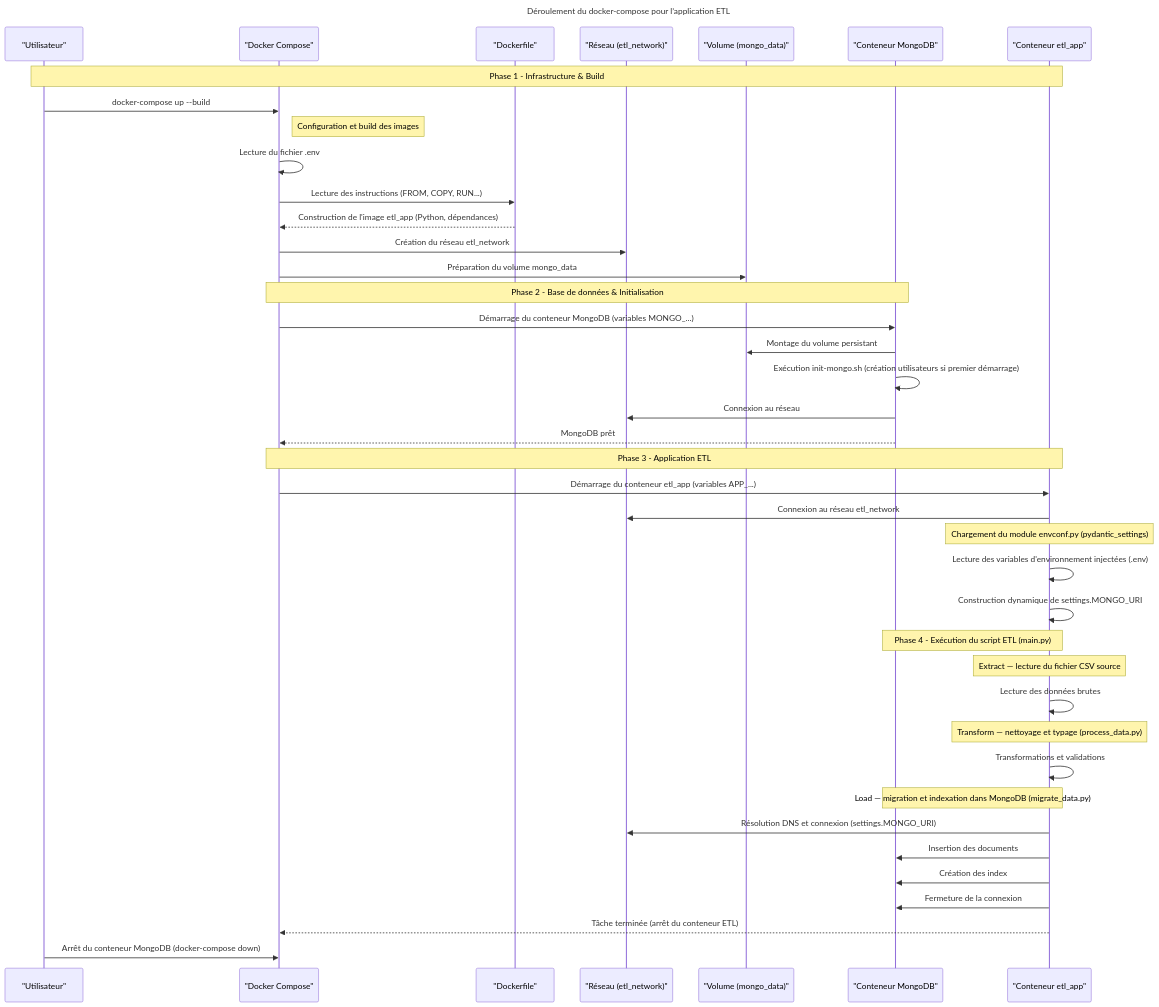
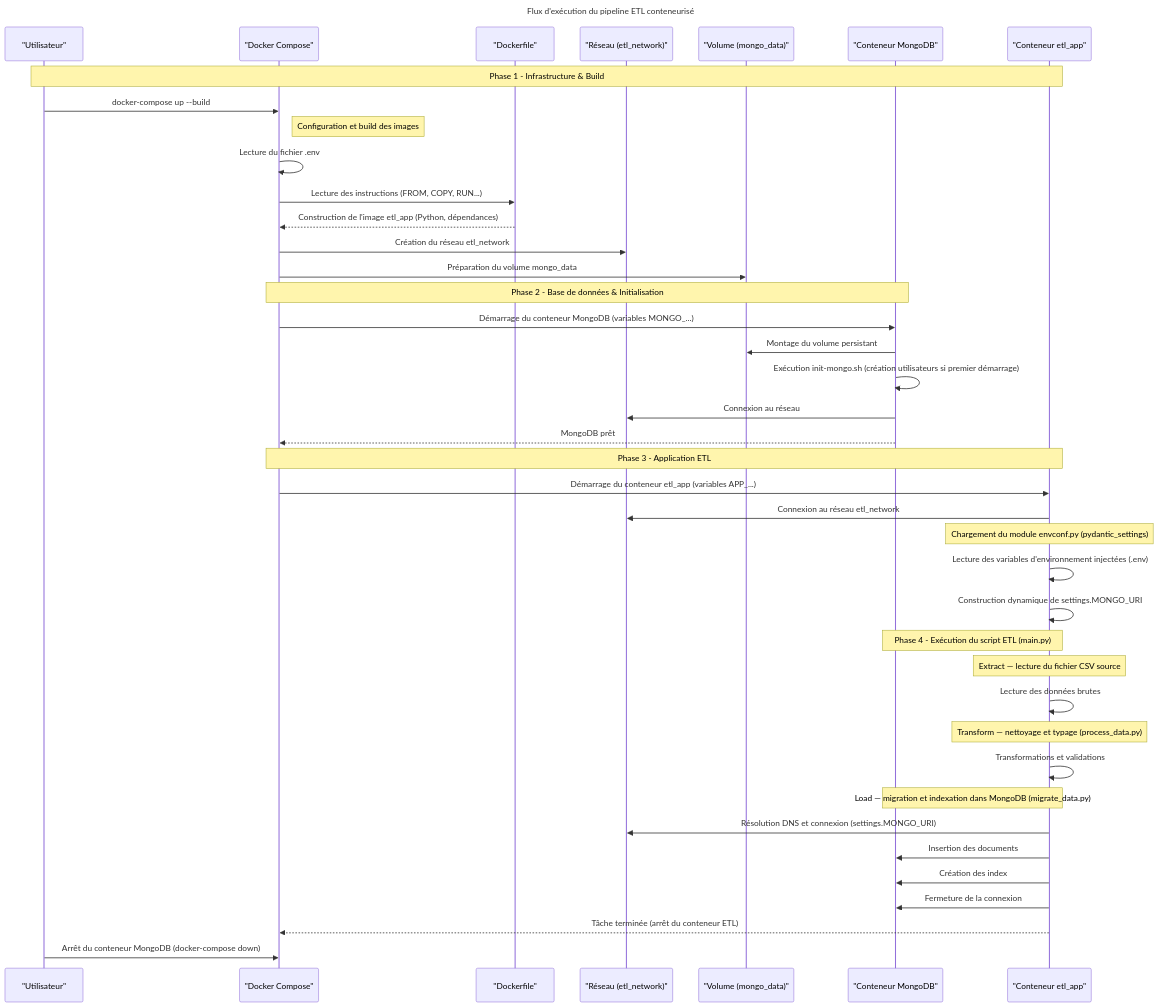
The diagram in README.md (PierreDff/OC_DE_projet5), drawn with Mermaid before and after one commit. The commit also changed other lines of this file, not shown here.

Commit message:
Update diagramme Mermaid

````diff
--- a/README.md
+++ b/README.md
@@ -145,54 +145,54 @@
 ```mermaid
 sequenceDiagram
-    title Déroulement du docker-compose pour l’application ETL
+    title Flux d'exécution du pipeline ETL conteneurisé
 
     participant Utilisateur as "Utilisateur"
     participant Docker as "Docker Compose"
     participant Dockerfile as "Dockerfile"
     participant Net as "Réseau (etl_network)"
     participant Volume as "Volume (mongo_data)"
     participant Mongo as "Conteneur MongoDB"
     participant ETL as "Conteneur etl_app"
 
     Note over Utilisateur,ETL: Phase 1 - Infrastructure & Build
     Utilisateur->>Docker: docker-compose up --build
 
     Note right of Docker: Configuration et build des images
     Docker->>Docker: Lecture du fichier .env
     Docker->>Dockerfile: Lecture des instructions (FROM, COPY, RUN...)
     Dockerfile-->>Docker: Construction de l'image etl_app (Python, dépendances)
 
     Docker->>Net: Création du réseau etl_network
     Docker->>Volume: Préparation du volume mongo_data
 
     Note over Docker,Mongo: Phase 2 - Base de données & Initialisation
     Docker->>Mongo: Démarrage du conteneur MongoDB (variables MONGO_...)
     Mongo->>Volume: Montage du volume persistant
     Mongo->>Mongo: Exécution init-mongo.sh (création utilisateurs si premier démarrage)
     Mongo->>Net: Connexion au réseau
     Mongo-->>Docker: MongoDB prêt
 
     Note over Docker,ETL: Phase 3 - Application ETL
     Docker->>ETL: Démarrage du conteneur etl_app (variables APP_...)
     ETL->>Net: Connexion au réseau etl_network
 
     Note over ETL: Chargement du module envconf.py (pydantic_settings)
     ETL->>ETL: Lecture des variables d'environnement injectées (.env)
     ETL->>ETL: Construction dynamique de settings.MONGO_URI
 
     Note over ETL,Mongo: Phase 4 - Exécution du script ETL (main.py)
     Note over ETL: Extract — lecture du fichier CSV source
     ETL->>ETL: Lecture des données brutes
 
     Note over ETL: Transform — nettoyage et typage (process_data.py)
     ETL->>ETL: Transformations et validations
 
     Note over ETL,Mongo: Load — migration et indexation dans MongoDB (migrate_data.py)
     ETL->>Net: Résolution DNS et connexion (settings.MONGO_URI)
     ETL->>Mongo: Insertion des documents
     ETL->>Mongo: Création des index
     ETL->>Mongo: Fermeture de la connexion
 
     ETL-->>Docker: Tâche terminée (arrêt du conteneur ETL)
     Utilisateur->>Docker : Arrêt du conteneur MongoDB (docker-compose down)
 ```
````
